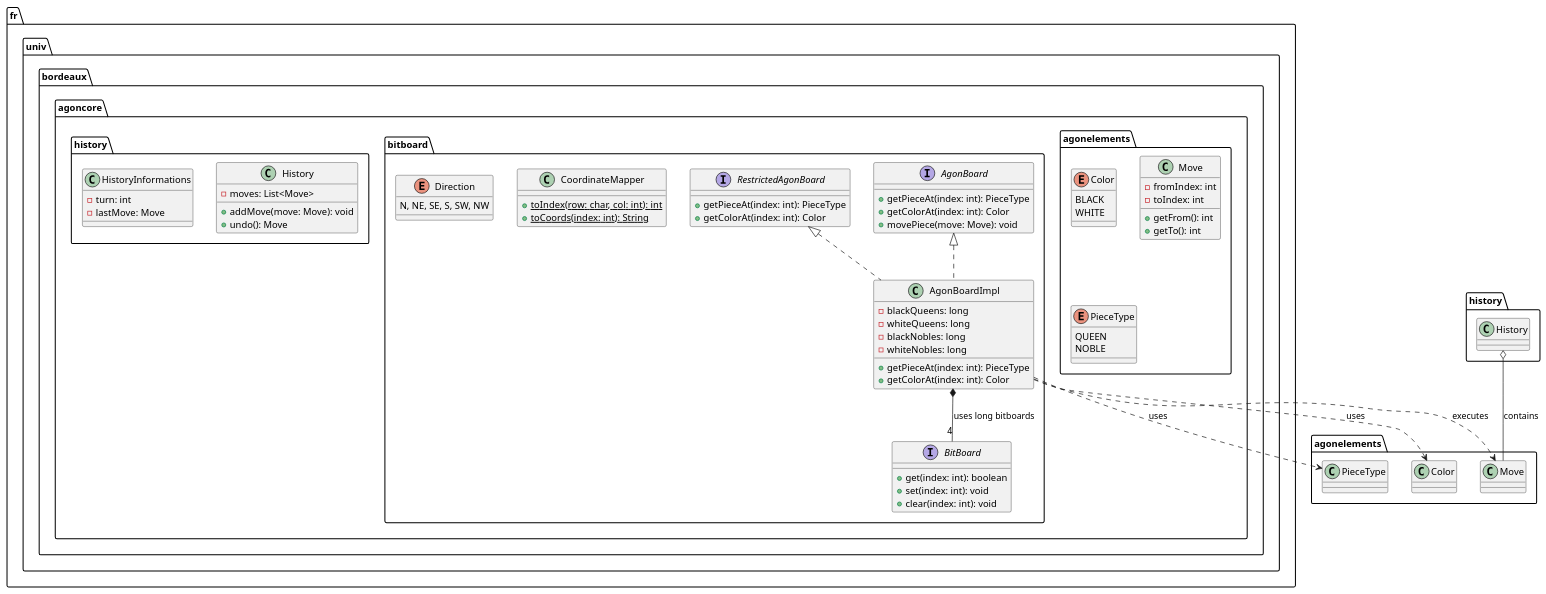
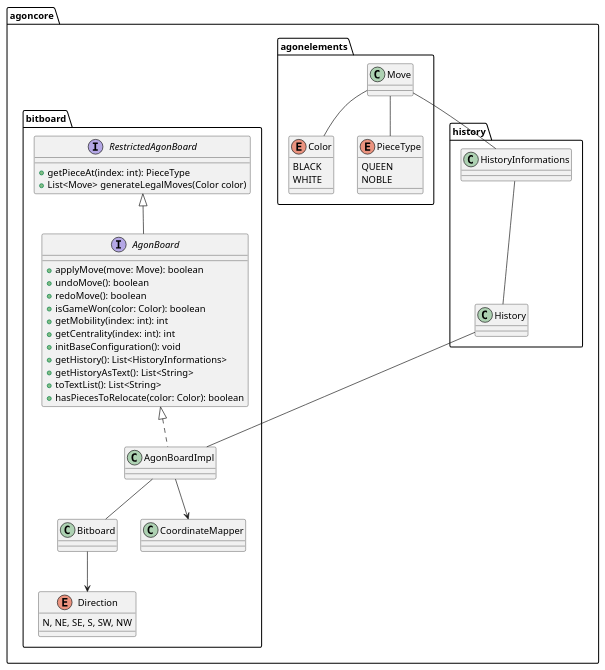
The diagram in pdp/UML/WhiteBox/c_classDiagram/layers/agoncore.puml (mathys-guillorit/agon-java), drawn with PlantUML before and after one commit. The commit also changed 11 other files, not shown here.

```diff
--- a/pdp/UML/WhiteBox/c_classDiagram/layers/agoncore.puml
+++ b/pdp/UML/WhiteBox/c_classDiagram/layers/agoncore.puml
@@ -1,82 +1,72 @@
 @startuml
 'https://plantuml.com/class-diagram
 
-package fr.univ.bordeaux.agoncore {
+package agoncore {
 
     package agonelements {
         enum Color {
             BLACK
             WHITE
         }
 
         class Move {
-            - fromIndex: int
-            - toIndex: int
-            + getFrom(): int
-            + getTo(): int
         }
 
         enum PieceType {
             QUEEN
             NOBLE
         }
     }
 
     package bitboard {
-        interface BitBoard {
-            + get(index: int): boolean
-            + set(index: int): void
-            + clear(index: int): void
-        }
+        interface AgonBoard extends RestrictedAgonBoard{
+                    + applyMove(move: Move): boolean
+                    + undoMove(): boolean
+                    + redoMove(): boolean
+                    + isGameWon(color: Color): boolean
+                    + getMobility(index: int): int
+                    + getCentrality(index: int): int
+                    + initBaseConfiguration(): void
+                    + getHistory(): List<HistoryInformations>
+                    + getHistoryAsText(): List<String>
+                    + toTextList(): List<String>
+                    + hasPiecesToRelocate(color: Color): boolean
+                }
 
-        interface AgonBoard {
-            + getPieceAt(index: int): PieceType
-            + getColorAt(index: int): Color
-            + movePiece(move: Move): void
-        }
+
 
         interface RestrictedAgonBoard {
             + getPieceAt(index: int): PieceType
-            + getColorAt(index: int): Color
+            + List<Move> generateLegalMoves(Color color)
+
         }
-
-        class AgonBoardImpl implements AgonBoard, RestrictedAgonBoard {
-            - blackQueens: long
-            - whiteQueens: long
-            - blackNobles: long
-            - whiteNobles: long
-            + getPieceAt(index: int): PieceType
-            + getColorAt(index: int): Color
+        class Bitboard{
+        }
+        class AgonBoardImpl implements AgonBoard{
         }
 
         class CoordinateMapper {
-            + {static} toIndex(row: char, col: int): int
-            + {static} toCoords(index: int): String
         }
 
         enum Direction {
             N, NE, SE, S, SW, NW
         }
     }
 
     package history {
         class History {
-            - moves: List<Move>
-            + addMove(move: Move): void
-            + undo(): Move
         }
         class HistoryInformations {
-            - turn: int
-            - lastMove: Move
         }
     }
 }
-
-' Relations
-AgonBoardImpl *-- "4" BitBoard : uses long bitboards
-AgonBoardImpl ..> agonelements.Move : executes
-AgonBoardImpl ..> agonelements.Color : uses
-AgonBoardImpl ..> agonelements.PieceType : uses
-history.History o-- agonelements.Move : contains
+History -- AgonBoardImpl
+Move -- HistoryInformations
+Move -- PieceType
+Move -- Color
+HistoryInformations -- History
+AgonBoardImpl -- Bitboard
+AgonBoardImpl --> CoordinateMapper
+Bitboard --> Direction
 
 @enduml
```
